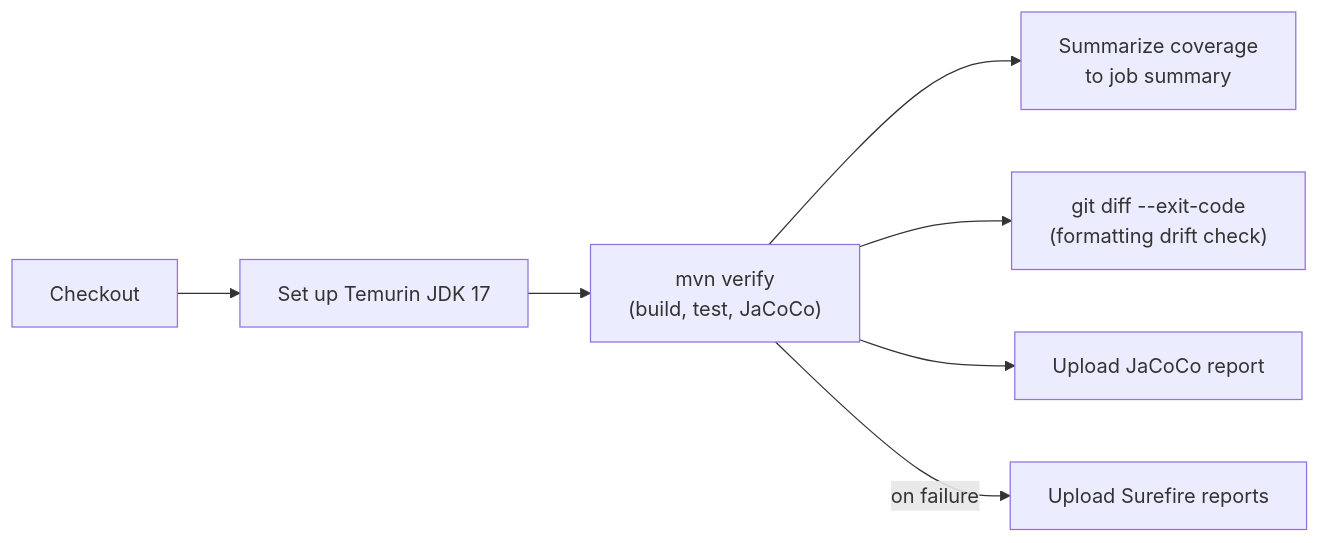
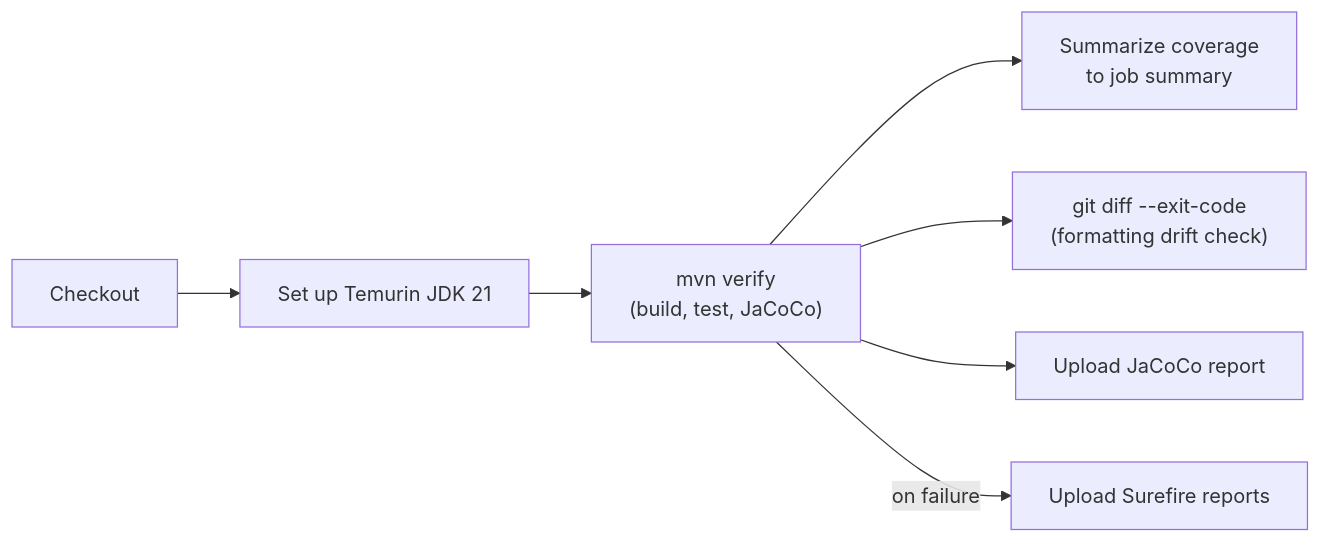
Before and after one commit to justin-tay/java-app-web-api-server-template: the second of 2 diagrams in docs/system-design/07-deployment-view.md, drawn with Mermaid. The commit also changed 14 other files, not shown here.

````diff
--- a/docs/system-design/07-deployment-view.md
+++ b/docs/system-design/07-deployment-view.md
@@ -75,9 +75,9 @@
 ```mermaid
 flowchart LR
-    Checkout --> SetupJava["Set up Temurin JDK 17"]
+    Checkout --> SetupJava["Set up Temurin JDK 21"]
     SetupJava --> Verify["mvn verify\n(build, test, JaCoCo)"]
     Verify --> Coverage["Summarize coverage\nto job summary"]
     Verify --> FormatCheck["git diff --exit-code\n(formatting drift check)"]
     Verify --> UploadJacoco["Upload JaCoCo report"]
     Verify -->|"on failure"| UploadSurefire["Upload Surefire reports"]
 ```
````
